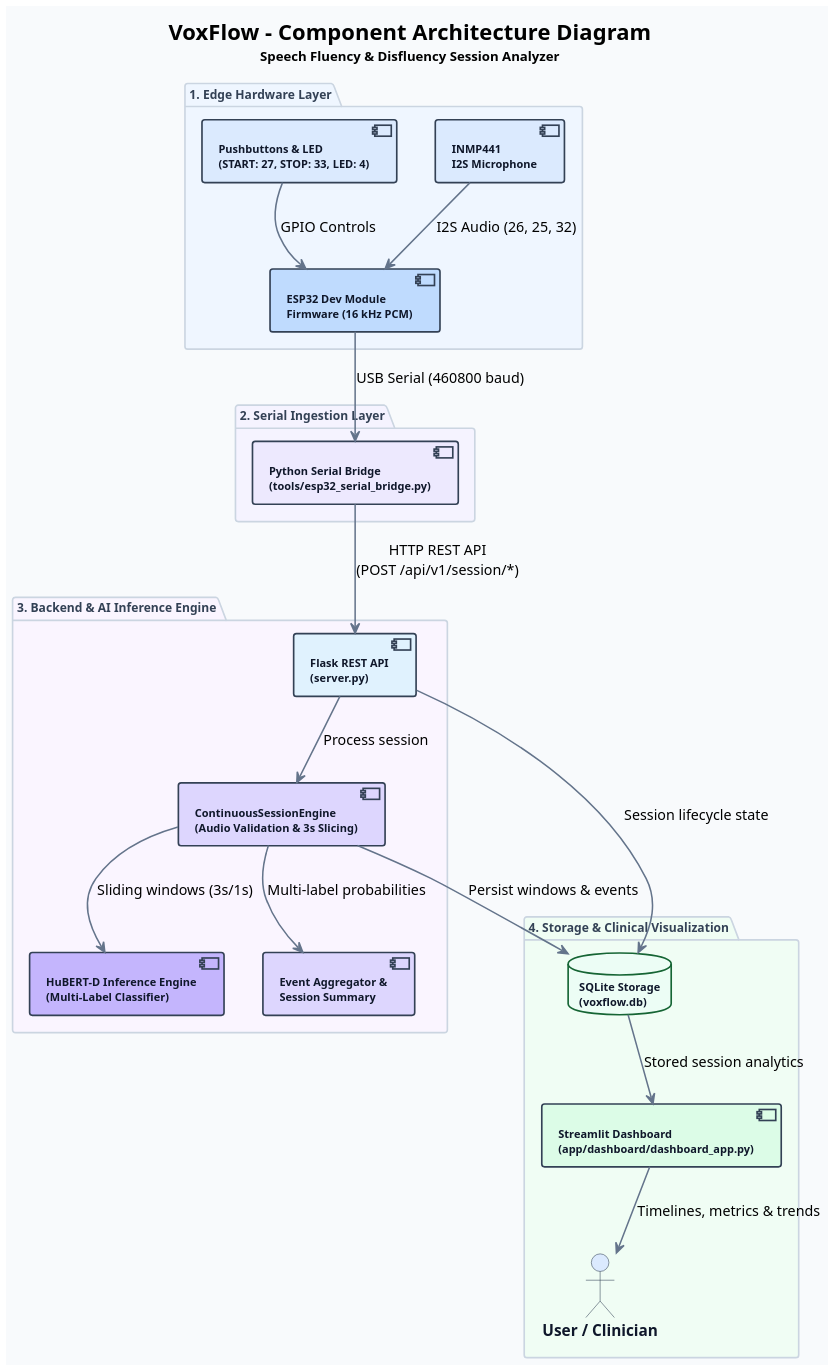
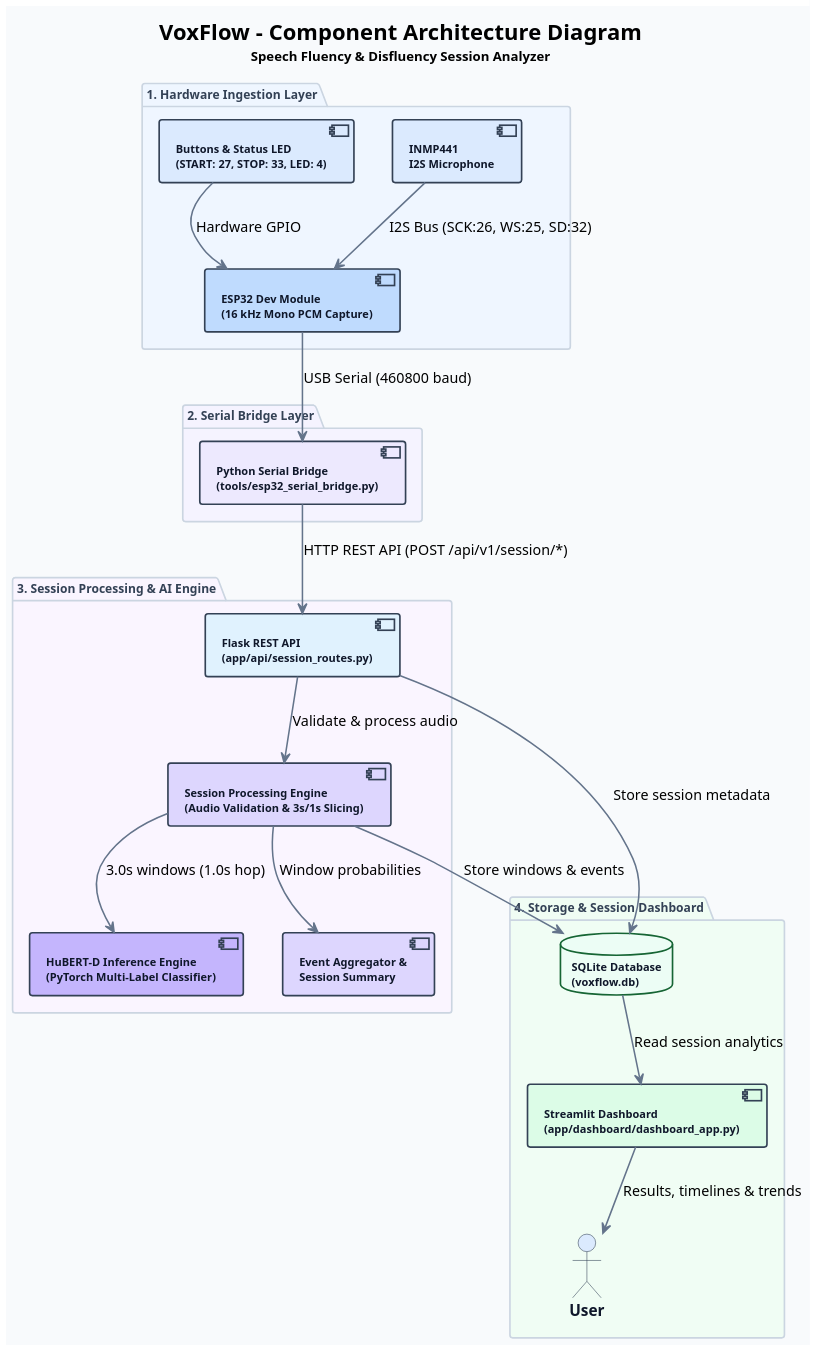
One commit to PetaSivaNandhanReddy/voxflow changed the diagram in VoxFlow_uml/VoxFlow_uml/architecture_design/08_component.puml. Above: the diagram before and after it, drawn with PlantUML. The commit also changed 11 other files, not shown here.

Commit message:
docs: refine uml class, state machine, and architecture representations

```diff
--- a/VoxFlow_uml/VoxFlow_uml/architecture_design/08_component.puml
+++ b/VoxFlow_uml/VoxFlow_uml/architecture_design/08_component.puml
@@ -1,104 +1,104 @@
 @startuml
 title <size:20><b>VoxFlow - Component Architecture Diagram</b></size>\n<size:12>Speech Fluency & Disfluency Session Analyzer</size>
 
 skinparam backgroundColor #F8FAFC
 skinparam shadowing false
 skinparam dpi 170
 
 skinparam component {
     BackgroundColor #FFFFFF
     BorderColor #334155
     BorderThickness 1.5
     FontColor #0F172A
     FontSize 10
     FontStyle bold
 }
 
 skinparam package {
     BackgroundColor #F8FAFC
     BorderColor #CBD5E1
     BorderThickness 1.5
     FontColor #334155
     FontSize 11
     FontStyle bold
 }
 
 skinparam database {
     BackgroundColor #ECFDF5
     BorderColor #166534
     BorderThickness 1.5
     FontColor #0F172A
     FontSize 10
     FontStyle bold
 }
 
 skinparam actor {
     BackgroundColor #DBEAFE
     BorderColor #334155
     FontColor #0F172A
     FontStyle bold
 }
 
 skinparam ArrowColor #64748B
 skinparam ArrowThickness 1.4
 
 ' =========================================================
 ' 1. HARDWARE LAYER
 ' =========================================================
 
-package "1. Edge Hardware Layer" #EFF6FF {
+package "1. Hardware Ingestion Layer" #EFF6FF {
     component "INMP441\nI2S Microphone" as Mic #DBEAFE
-    component "Pushbuttons & LED\n(START: 27, STOP: 33, LED: 4)" as Controls #DBEAFE
-    component "ESP32 Dev Module\nFirmware (16 kHz PCM)" as ESP #BFDBFE
+    component "Buttons & Status LED\n(START: 27, STOP: 33, LED: 4)" as Controls #DBEAFE
+    component "ESP32 Dev Module\n(16 kHz Mono PCM Capture)" as ESP #BFDBFE
 
-    Mic --> ESP : I2S Audio (26, 25, 32)
-    Controls --> ESP : GPIO Controls
+    Mic --> ESP : I2S Bus (SCK:26, WS:25, SD:32)
+    Controls --> ESP : Hardware GPIO
 }
 
 ' =========================================================
-' 2. INGESTION LAYER
+' 2. SERIAL INGESTION LAYER
 ' =========================================================
 
-package "2. Serial Ingestion Layer" #F5F3FF {
+package "2. Serial Bridge Layer" #F5F3FF {
     component "Python Serial Bridge\n(tools/esp32_serial_bridge.py)" as Bridge #EDE9FE
 }
 
 ' =========================================================
-' 3. SESSION PROCESSING & AI ENGINE
+' 3. BACKEND & AI ENGINE
 ' =========================================================
 
-package "3. Backend & AI Inference Engine" #FAF5FF {
-    component "Flask REST API\n(server.py)" as API #E0F2FE
-    component "ContinuousSessionEngine\n(Audio Validation & 3s Slicing)" as Engine #DDD6FE
-    component "HuBERT-D Inference Engine\n(Multi-Label Classifier)" as Model #C4B5FD
-    component "Event Aggregator &\nSession Summary" as Aggregator #DDD6FE
+package "3. Session Processing & AI Engine" #FAF5FF {
+    component "Flask REST API\n(app/api/session_routes.py)" as API #E0F2FE
+    component "Session Processing Engine\n(Audio Validation & 3s/1s Slicing)" as Engine #DDD6FE
+    component "HuBERT-D Inference Engine\n(PyTorch Multi-Label Classifier)" as Model #C4B5FD
+    component "Event Aggregator &\nSession Summary" as Summary #DDD6FE
 
-    API --> Engine : Process session
-    Engine --> Model : Sliding windows (3s/1s)
-    Engine --> Aggregator : Multi-label probabilities
+    API --> Engine : Validate & process audio
+    Engine --> Model : 3.0s windows (1.0s hop)
+    Engine --> Summary : Window probabilities
 }
 
 ' =========================================================
-' 4. STORAGE & VISUALIZATION
+' 4. STORAGE & DASHBOARD
 ' =========================================================
 
-package "4. Storage & Clinical Visualization" #F0FDF4 {
-    database "SQLite Storage\n(voxflow.db)" as DB #ECFDF5
+package "4. Storage & Session Dashboard" #F0FDF4 {
+    database "SQLite Database\n(voxflow.db)" as DB #ECFDF5
     component "Streamlit Dashboard\n(app/dashboard/dashboard_app.py)" as UI #DCFCE7
 
-    actor "User / Clinician" as User #DBEAFE
+    actor "User" as User #DBEAFE
 
-    Engine --> DB : Persist windows & events
-    API --> DB : Session lifecycle state
-    DB --> UI : Stored session analytics
-    UI --> User : Timelines, metrics & trends
+    Engine --> DB : Store windows & events
+    API --> DB : Store session metadata
+    DB --> UI : Read session analytics
+    UI --> User : Results, timelines & trends
 }
 
 ' =========================================================
 ' CROSS-LAYER CONNECTIONS
 ' =========================================================
 
 ESP --> Bridge : USB Serial (460800 baud)
-Bridge --> API : HTTP REST API\n(POST /api/v1/session/*)
+Bridge --> API : HTTP REST API (POST /api/v1/session/*)
 
 @enduml
```
